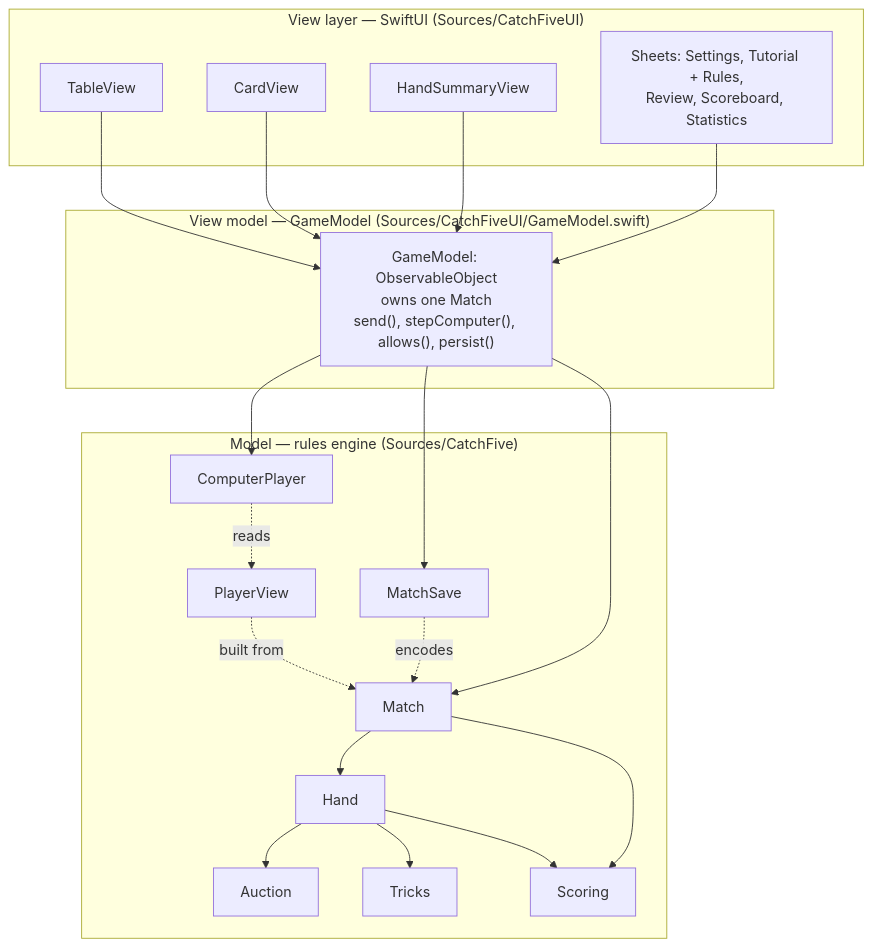
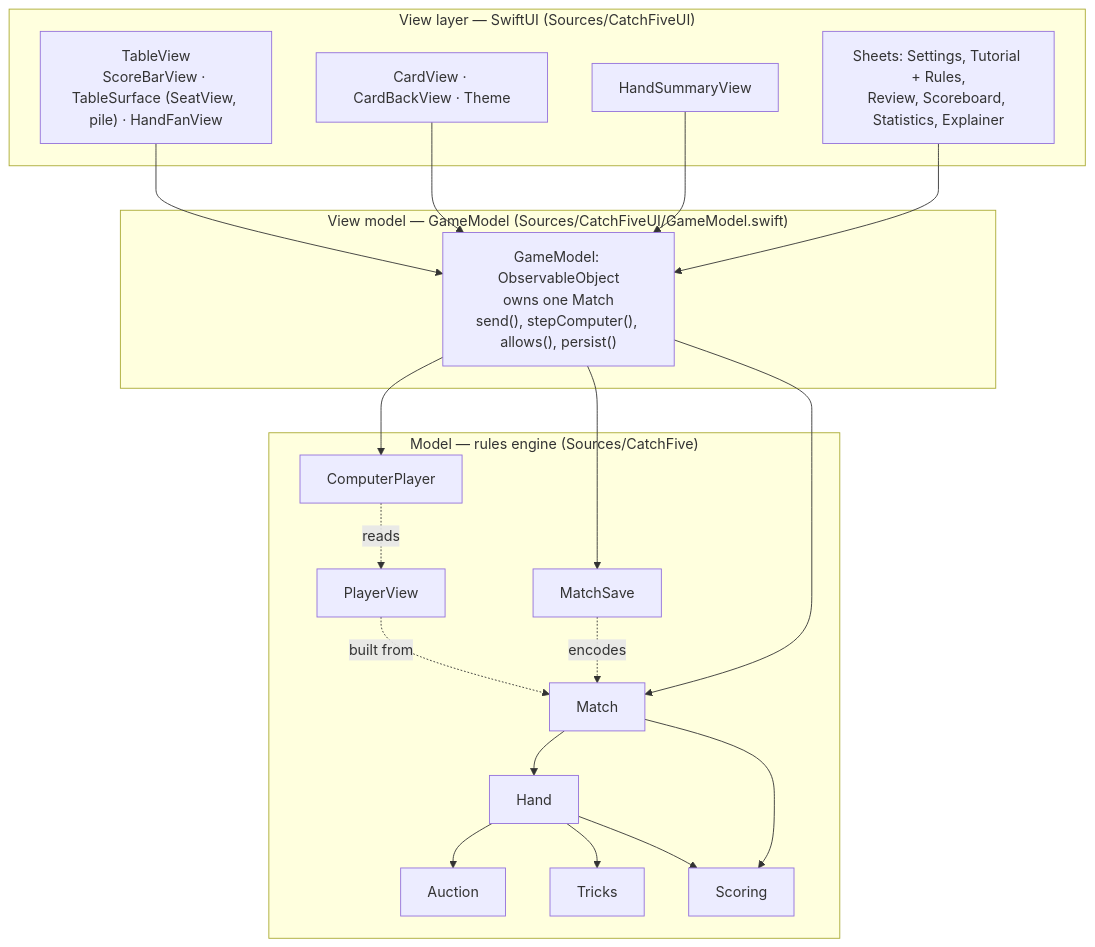
Before and after one commit to cmurphy1140/catch-5: the first of 3 diagrams in docs/architecture.md, drawn with Mermaid. The commit also changed 20 other files, not shown here.

First line of the commit message:
redesign 2-9: table-first layout, seats, pile flights, fan, hint, undo toast, gold rules, haptics

````diff
--- a/docs/architecture.md
+++ b/docs/architecture.md
@@ -5,29 +5,29 @@
 ```mermaid
 flowchart TB
     subgraph View["View layer — SwiftUI (Sources/CatchFiveUI)"]
-        TV[TableView]
-        CV[CardView]
+        TV["TableView<br/>ScoreBarView · TableSurface (SeatView, pile) · HandFanView"]
+        CV["CardView · CardBackView · Theme"]
         HS[HandSummaryView]
-        SH["Sheets: Settings, Tutorial + Rules,<br/>Review, Scoreboard, Statistics"]
+        SH["Sheets: Settings, Tutorial + Rules,<br/>Review, Scoreboard, Statistics, Explainer"]
     end
     subgraph VM["View model — GameModel (Sources/CatchFiveUI/GameModel.swift)"]
         GM["GameModel: ObservableObject<br/>owns one Match<br/>send(), stepComputer(), allows(), persist()"]
     end
     subgraph Model["Model — rules engine (Sources/CatchFive)"]
         M[Match] --> H[Hand]
         H --> AU[Auction]
         H --> TR[Tricks]
         H --> SC[Scoring]
         M --> SC
         CP[ComputerPlayer] -. reads .-> PV[PlayerView]
         PV -. built from .-> M
         MS[MatchSave] -. encodes .-> M
     end
     TV --> GM
     CV --> GM
     HS --> GM
     SH --> GM
     GM --> M
     GM --> CP
     GM --> MS
 ```
````
